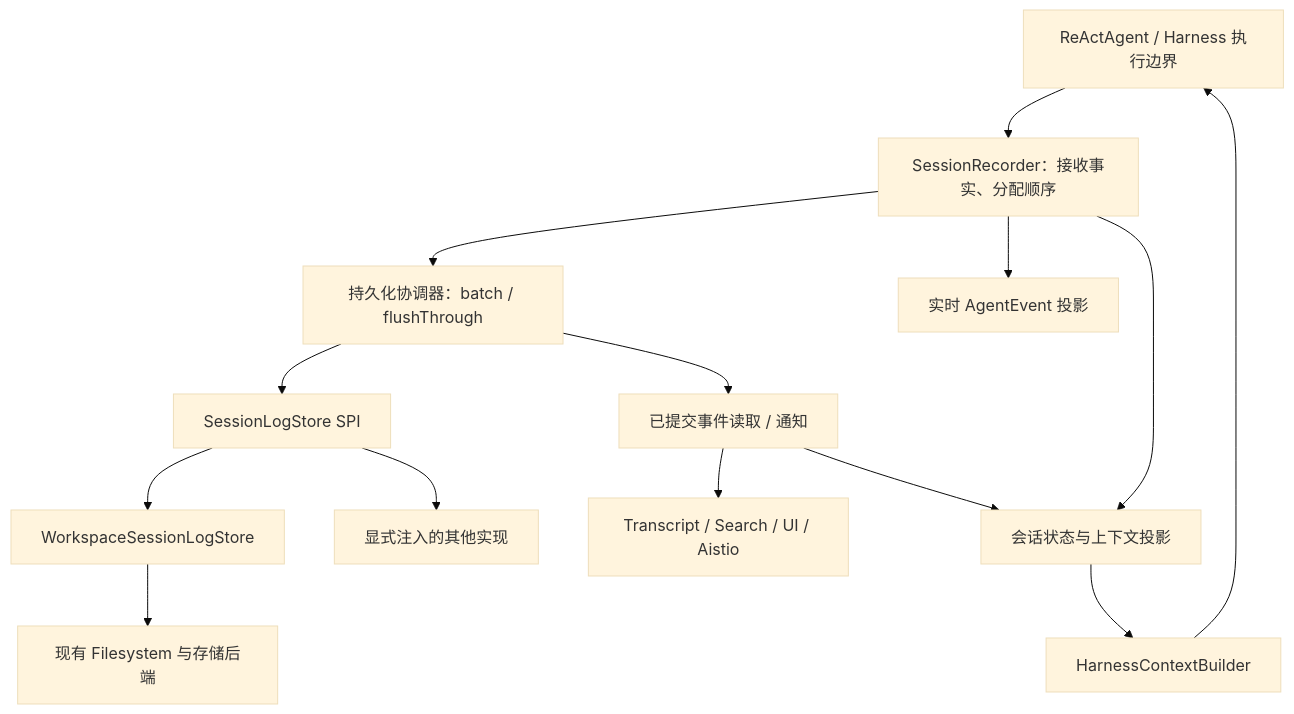
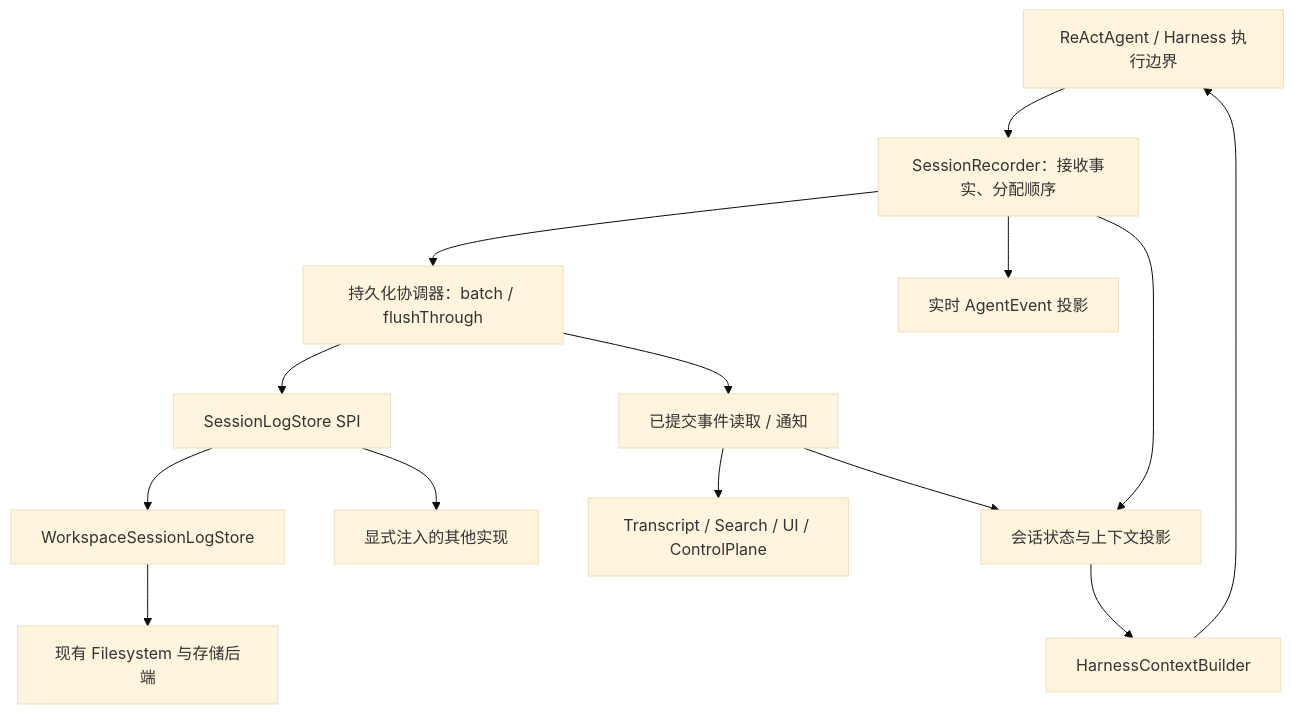
Before and after one commit to agentscope-ai/agentscope-java: the diagram in internal/plans/session-event-log-redesign-20260927.md, drawn with Mermaid (base theme). The commit also changed other lines of this file and 1566 other files, not shown here.

Commit message:
refactor: rename aistio component to Control Plane

````diff
--- a/internal/plans/session-event-log-redesign-20260927.md
+++ b/internal/plans/session-event-log-redesign-20260927.md
@@ -52,16 +52,16 @@
 ```mermaid
 flowchart TD
     A[ReActAgent / Harness 执行边界] --> B[SessionRecorder：接收事实、分配顺序]
     B --> C[持久化协调器：batch / flushThrough]
     C --> D[SessionLogStore SPI]
     D --> E[WorkspaceSessionLogStore]
     E --> F[现有 Filesystem 与存储后端]
     D --> G[显式注入的其他实现]
     B --> H[实时 AgentEvent 投影]
     C --> I[已提交事件读取 / 通知]
-    I --> J[Transcript / Search / UI / Aistio]
+    I --> J[Transcript / Search / UI / ControlPlane]
     B --> K[会话状态与上下文投影]
     I --> K
     K --> L[HarnessContextBuilder]
     L --> A
 ```
````
